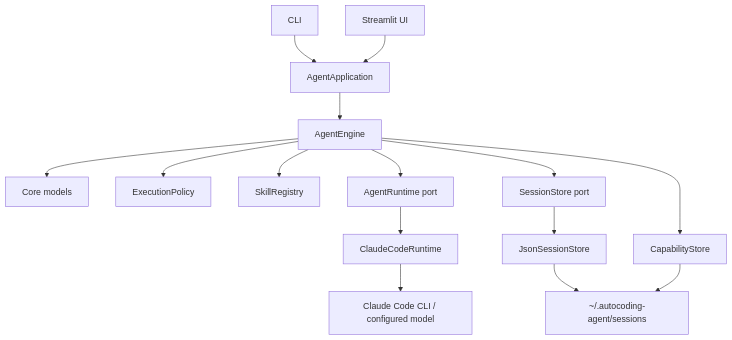
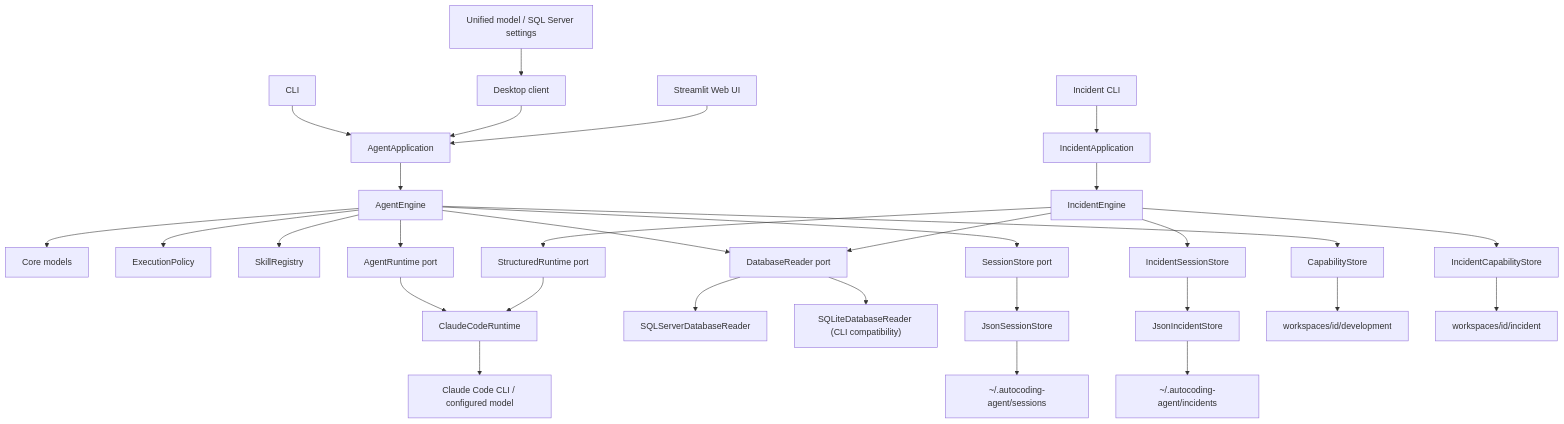
Before and after one commit to makabaka466/AutoCodingEngineerCoreNew: the first of 4 diagrams in docs/ARCHITECTURE.md, drawn with Mermaid. The commit also changed other lines of this file and 46 other files, not shown here.

````diff
--- a/docs/ARCHITECTURE.md
+++ b/docs/ARCHITECTURE.md
@@ -24,17 +25,32 @@
 ```mermaid
 flowchart TD
+    SETUP["Unified model / SQL Server settings"] --> DESKTOP["Desktop client"]
     CLI["CLI"] --> APP["AgentApplication"]
-    UI["Streamlit UI"] --> APP
+    INCIDENT_CLI["Incident CLI"] --> INCIDENT_APP["IncidentApplication"]
+    DESKTOP --> APP
+    WEB["Streamlit Web UI"] --> APP
     APP --> ENGINE["AgentEngine"]
+    INCIDENT_APP --> INCIDENT_ENGINE["IncidentEngine"]
     ENGINE --> MODELS["Core models"]
     ENGINE --> POLICY["ExecutionPolicy"]
     ENGINE --> SKILLS["SkillRegistry"]
     ENGINE --> RUNTIME_PORT["AgentRuntime port"]
+    ENGINE --> DB_PORT
+    INCIDENT_ENGINE --> STRUCTURED_PORT["StructuredRuntime port"]
+    INCIDENT_ENGINE --> DB_PORT["DatabaseReader port"]
+    INCIDENT_ENGINE --> INCIDENT_STORE["IncidentSessionStore"]
     ENGINE --> SESSION_PORT["SessionStore port"]
     ENGINE --> MEMORY["CapabilityStore"]
+    INCIDENT_ENGINE --> INCIDENT_MEMORY["IncidentCapabilityStore"]
     RUNTIME_PORT --> CLAUDE["ClaudeCodeRuntime"]
+    STRUCTURED_PORT --> CLAUDE
+    DB_PORT --> SQLSERVER["SQLServerDatabaseReader"]
+    DB_PORT --> SQLITE["SQLiteDatabaseReader (CLI compatibility)"]
+    INCIDENT_STORE --> INCIDENT_JSON["JsonIncidentStore"]
     SESSION_PORT --> JSON_STORE["JsonSessionStore"]
     CLAUDE --> CC["Claude Code CLI / configured model"]
     JSON_STORE --> DATA["~/.autocoding-agent/sessions"]
-    MEMORY --> DATA
+    INCIDENT_JSON --> INCIDENT_DATA["~/.autocoding-agent/incidents"]
+    MEMORY --> DEV_MEMORY["workspaces/id/development"]
+    INCIDENT_MEMORY --> INCIDENT_MEMORY_DATA["workspaces/id/incident"]
 ```
````
